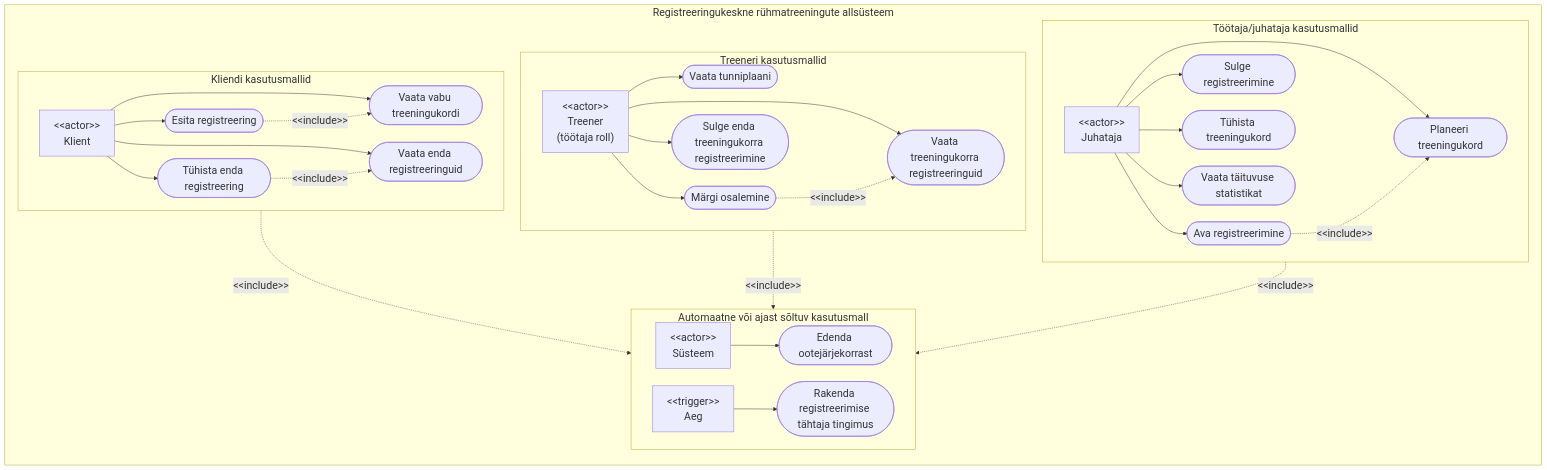
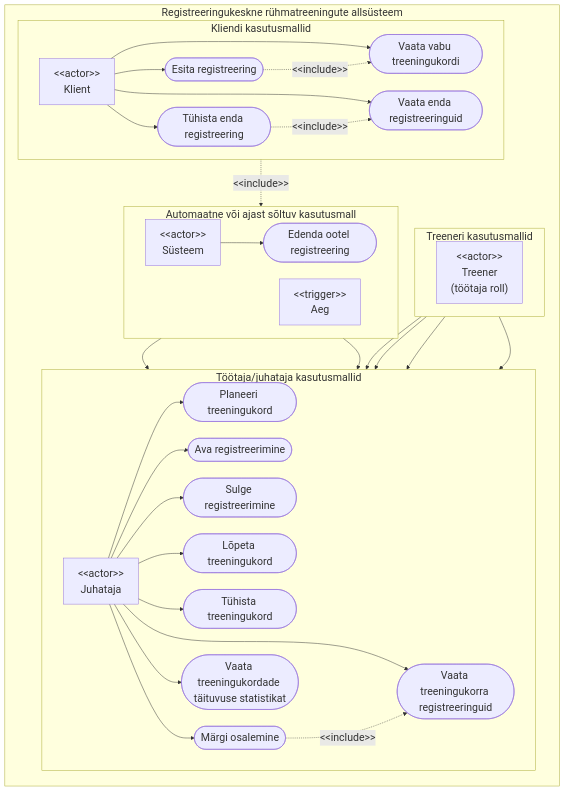
Before and after one commit to tamkivi/andmebaasid-projekt: the diagram in diagrams/02_use_cases.mmd, drawn with Mermaid. The commit also changed 19 other files, not shown here.

```diff
--- a/diagrams/02_use_cases.mmd
+++ b/diagrams/02_use_cases.mmd
@@ -1,64 +1,63 @@
 %%{init: {"themeVariables": {"fontSize": "22px"}, "flowchart": {"nodeSpacing": 35, "rankSpacing": 40}}}%%
 flowchart TB
     subgraph SYSBOUND["Registreeringukeskne rühmatreeningute allsüsteem"]
         direction TB
 
         subgraph MGR["Töötaja/juhataja kasutusmallid"]
             direction LR
             JUH["&lt;&lt;actor&gt;&gt;<br/>Juhataja"]
             P(["Planeeri treeningukord"])
             A(["Ava registreerimine"])
             SL(["Sulge registreerimine"])
+            L(["Lõpeta treeningukord"])
             C(["Tühista treeningukord"])
-            S(["Vaata täituvuse statistikat"])
+            R(["Vaata treeningukorra registreeringuid"])
+            O(["Märgi osalemine"])
+            S(["Vaata treeningukordade täituvuse statistikat"])
             JUH --> P
             JUH --> A
             JUH --> SL
+            JUH --> L
             JUH --> C
+            JUH --> R
+            JUH --> O
             JUH --> S
         end
 
         subgraph TRN["Treeneri kasutusmallid"]
             direction LR
             TRE["&lt;&lt;actor&gt;&gt;<br/>Treener<br/>(töötaja roll)"]
-            TT(["Vaata tunniplaani"])
-            R(["Vaata treeningukorra registreeringuid"])
-            O(["Märgi osalemine"])
-            TS(["Sulge enda treeningukorra registreerimine"])
-            TRE --> TT
             TRE --> R
             TRE --> O
-            TRE --> TS
+            TRE --> SL
+            TRE --> L
         end
 
         subgraph CLI["Kliendi kasutusmallid"]
             direction LR
             KLI["&lt;&lt;actor&gt;&gt;<br/>Klient"]
             AJ(["Vaata vabu treeningukordi"])
             REG(["Esita registreering"])
             TYH(["Tühista enda registreering"])
             MINU(["Vaata enda registreeringuid"])
             KLI --> AJ
             KLI --> REG
             KLI --> TYH
             KLI --> MINU
         end
 
         subgraph AUTO["Automaatne või ajast sõltuv kasutusmall"]
             direction LR
             SYS["&lt;&lt;actor&gt;&gt;<br/>Süsteem"]
             AEG["&lt;&lt;trigger&gt;&gt;<br/>Aeg"]
-            ED(["Edenda ootejärjekorrast"])
-            DL(["Rakenda registreerimise tähtaja tingimus"])
+            ED(["Edenda ootel registreering"])
             SYS --> ED
-            AEG --> DL
+            AEG --> SL
+            AEG --> L
         end
     end
 
-    A -. "&lt;&lt;include&gt;&gt;" .-> P
     REG -. "&lt;&lt;include&gt;&gt;" .-> AJ
     TYH -. "&lt;&lt;include&gt;&gt;" .-> MINU
     TYH -. "&lt;&lt;include&gt;&gt;" .-> ED
     O -. "&lt;&lt;include&gt;&gt;" .-> R
-    SL -. "&lt;&lt;include&gt;&gt;" .-> DL
-    TS -. "&lt;&lt;include&gt;&gt;" .-> DL
```
